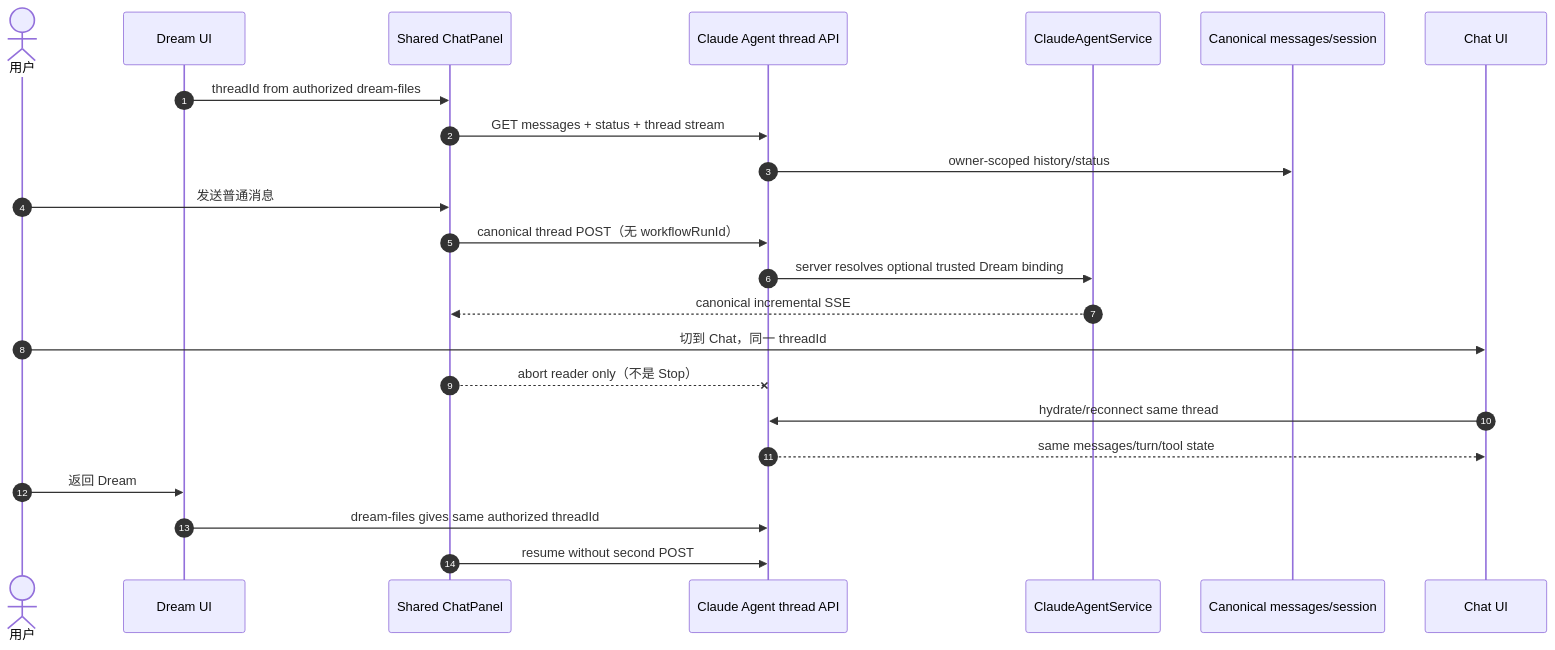
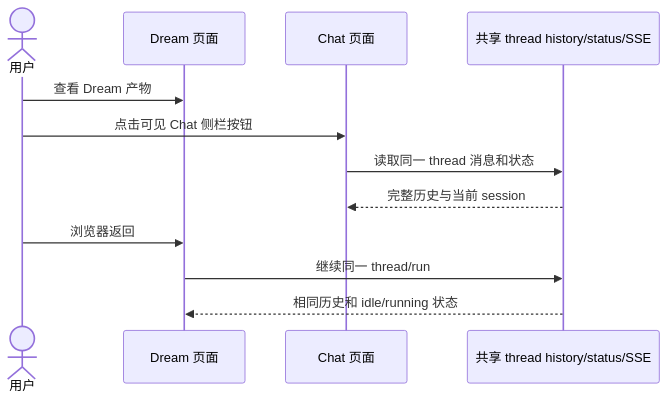
The fifth of 6 diagrams in docs/design/dream-agent/business-interaction-design.md (glide-the/im-dream), drawn with Mermaid before and after one commit. The commit also changed other lines of this file and 26 other files, not shown here.

Commit message:
feat(dream): sync agent workbench artifacts

````diff
--- a/docs/design/dream-agent/business-interaction-design.md
+++ b/docs/design/dream-agent/business-interaction-design.md
@@ -367,26 +103,15 @@
 ```mermaid
 sequenceDiagram
-    autonumber
-    actor User as 用户
-    participant Dream as Dream UI
-    participant ChatPanel as Shared ChatPanel
-    participant API as Claude Agent thread API
-    participant Service as ClaudeAgentService
-    participant DB as Canonical messages/session
-    participant ChatPage as Chat UI
+    actor U as 用户
+    participant D as Dream 页面
+    participant C as Chat 页面
+    participant T as 共享 thread history/status/SSE
 
-    Dream->>ChatPanel: threadId from authorized dream-files
-    ChatPanel->>API: GET messages + status + thread stream
-    API->>DB: owner-scoped history/status
-    User->>ChatPanel: 发送普通消息
-    ChatPanel->>API: canonical thread POST（无 workflowRunId）
-    API->>Service: server resolves optional trusted Dream binding
-    Service-->>ChatPanel: canonical incremental SSE
-    User->>ChatPage: 切到 Chat，同一 threadId
-    ChatPanel--xAPI: abort reader only（不是 Stop）
-    ChatPage->>API: hydrate/reconnect same thread
-    API-->>ChatPage: same messages/turn/tool state
-    User->>Dream: 返回 Dream
-    Dream->>API: dream-files gives same authorized threadId
-    ChatPanel->>API: resume without second POST
+    U->>D: 查看 Dream 产物
+    U->>C: 点击可见 Chat 侧栏按钮
+    C->>T: 读取同一 thread 消息和状态
+    T-->>C: 完整历史与当前 session
+    U->>D: 浏览器返回
+    D->>T: 继续同一 thread/run
+    T-->>D: 相同历史和 idle/running 状态
 ```
````
